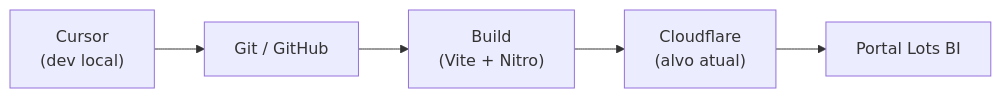
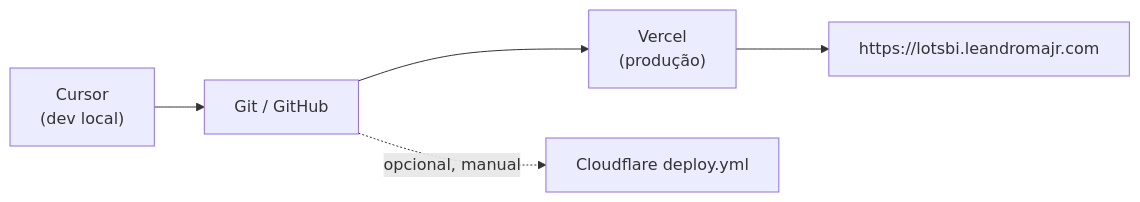
One commit to Lots-BI/supabase-magic-portal changed the diagram in docs/08-operations/deployment.md. Above: the diagram before and after it, drawn with Mermaid. The commit also changed other lines of this file and 57 other files, not shown here.

````diff
--- a/docs/08-operations/deployment.md
+++ b/docs/08-operations/deployment.md
@@ -17,7 +17,7 @@
 ```mermaid
 flowchart LR
     CUR["Cursor\n(dev local)"] --> GIT["Git / GitHub"]
-    GIT --> BUILD["Build\n(Vite + Nitro)"]
-    BUILD --> CF["Cloudflare\n(alvo atual)"]
-    CF --> PORTAL["Portal Lots BI"]
+    GIT --> VERCEL["Vercel\n(produção)"]
+    VERCEL --> PORTAL["https://lotsbi.leandromajr.com"]
+    GIT -.->|"opcional, manual"| CF["Cloudflare deploy.yml"]
 ```
````
